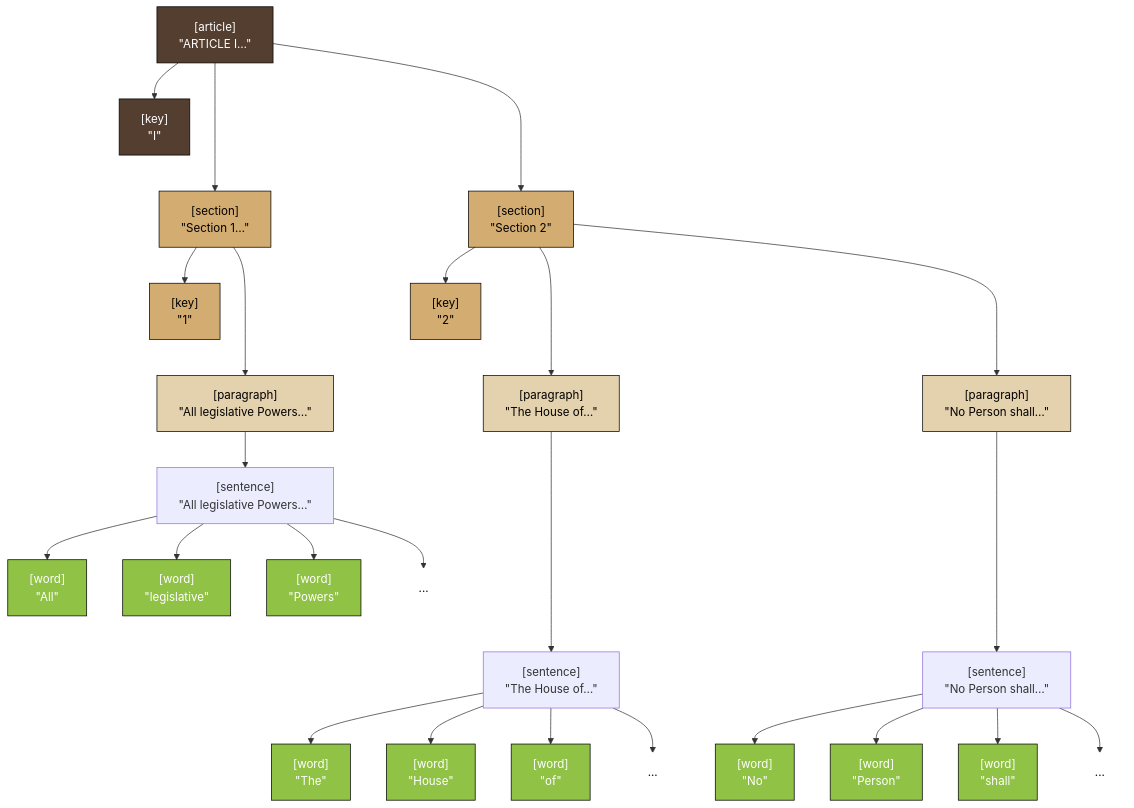
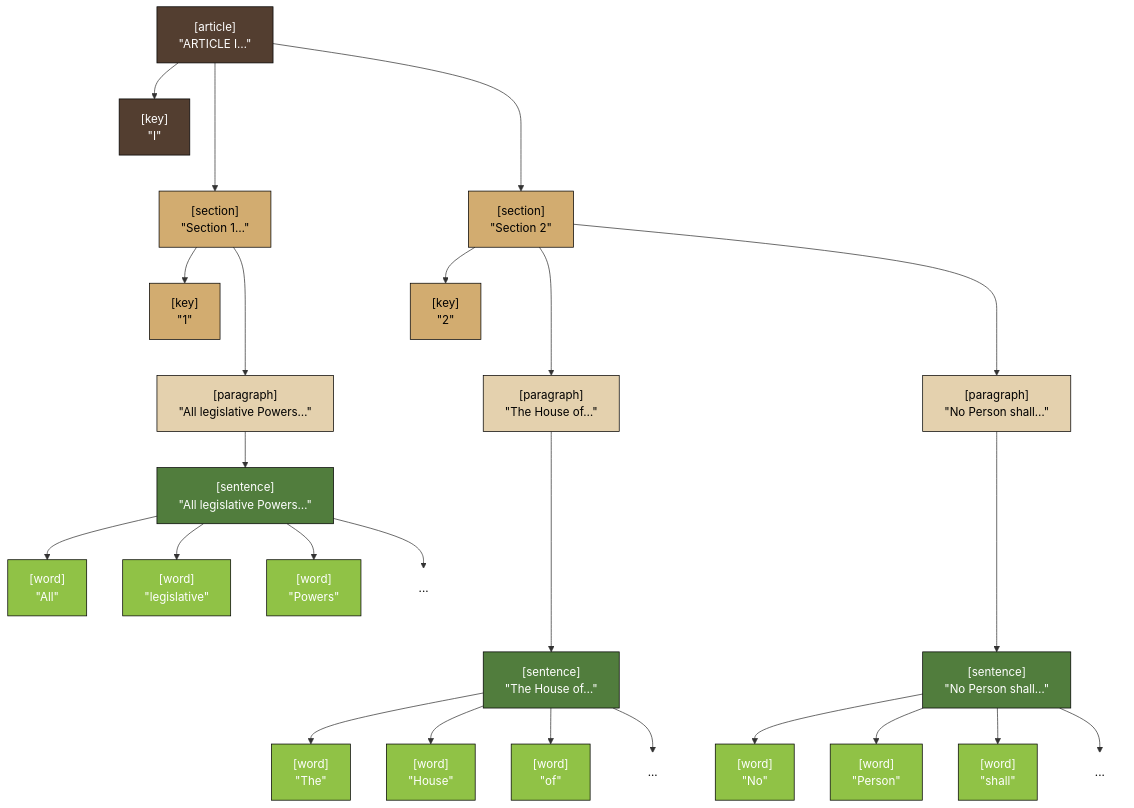
One commit to rlayers/pawpaw changed the diagram in README.md. Above: the diagram before and after it, drawn with Mermaid.

Commit message:
readme char color fix

````diff
--- a/README.md
+++ b/README.md
@@ -83,35 +83,35 @@
 ```mermaid
 graph TD;
   A1["[article]<br/>#quot;ARTICLE I…#quot;"]:::dark_brown --> A1_k["[key]<br/>#quot;I#quot;"]:::dark_brown;
   A1--->Sc1["[section]<br/>#quot;Section 1…#quot;"]:::light_brown;
   Sc1-->Sc1_k["[key]<br/>#quot;1#quot;"]:::light_brown
   Sc1--->Sc1_p1["[paragraph]<br/>#quot;All legislative Powers…#quot;"]:::peach
-  Sc1_p1-->Sc1_p1_s1["[sentence]<br/>#quot;All legislative Powers…#quot;"]:::sentence
+  Sc1_p1-->Sc1_p1_s1["[sentence]<br/>#quot;All legislative Powers…#quot;"]:::dark_green
   Sc1_p1_s1-->Sc1_p1_s1_w1["[word]<br/>#quot;All#quot;"]:::light_green
   Sc1_p1_s1-->Sc1_p1_s1_w2["[word]<br/>#quot;legislative#quot;"]:::light_green
   Sc1_p1_s1-->Sc1_p1_s1_w3["[word]<br/>#quot;Powers#quot;"]:::light_green
   Sc1_p1_s1-->Sc1_p1_s1_w4["..."]:::ellipsis
 
   A1--->Sc2["[section]<br/>#quot;Section 2#quot;"]:::light_brown;
   Sc2-->Sc2_k["[key]<br/>#quot;2#quot;"]:::light_brown
   Sc2--->Sc2_p1["[paragraph]<br/>#quot;The House of…#quot;"]:::peach
-  Sc2_p1---->Sc2_p1_s1["[sentence]<br/>#quot;The House of…#quot;"]:::sentence
+  Sc2_p1---->Sc2_p1_s1["[sentence]<br/>#quot;The House of…#quot;"]:::dark_green
   Sc2_p1_s1-->Sc2_p1_s1_w1["[word]<br/>#quot;The#quot;"]:::light_green
   Sc2_p1_s1-->Sc2_p1_s1_w2["[word]<br/>#quot;House#quot;"]:::light_green
   Sc2_p1_s1-->Sc2_p1_s1_w3["[word]<br/>#quot;of#quot;"]:::light_green
   Sc2_p1_s1-->Sc2_p1_s1_w4["..."]:::ellipsis
   Sc2--->Sc2_p2["[paragraph]<br/>#quot;No Person shall…#quot;"]:::peach
-  Sc2_p2---->Sc2_p2_s1["[sentence]<br/>#quot;No Person shall…#quot;"]:::sentence
+  Sc2_p2---->Sc2_p2_s1["[sentence]<br/>#quot;No Person shall…#quot;"]:::dark_green
   Sc2_p2_s1-->Sc2_p2_s1_w1["[word]<br/>#quot;No#quot;"]:::light_green
   Sc2_p2_s1-->Sc2_p2_s1_w2["[word]<br/>#quot;Person#quot;"]:::light_green
   Sc2_p2_s1-->Sc2_p2_s1_w3["[word]<br/>#quot;shall#quot;"]:::light_green
   Sc2_p2_s1-->Sc2_p2_s1_w4["..."]:::ellipsis
 
   classDef dark_brown fill:#533E30,stroke:#000000,color:#FFFFFF;
   classDef light_brown fill:#D2AC70,stroke:#000000,color:#000000;
   classDef peach fill:#E4D1AE,stroke:#000000,color:#000000;
   classDef dark_green fill:#517D3D,stroke:#000000,color:#FFFFFF;
   classDef light_green fill:#90C246,stroke:#000000,color:#FFFFFF;
 
   classDef ellipsis fill:#FFFFFF,stroke:#FFFFFF,color:#000000;
 ```
````
